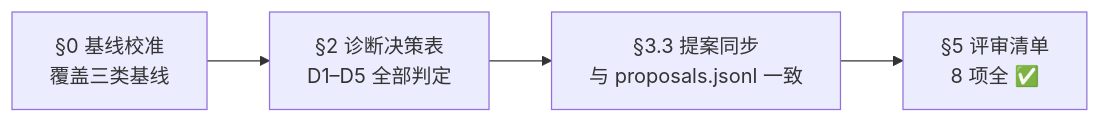
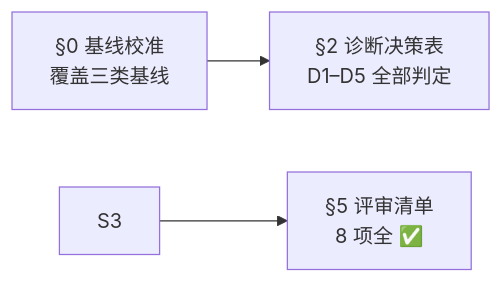
One commit to effiy/YrY changed the sixth of 6 diagrams in agents/self-improve.md. Above: the diagram before and after it, drawn with Mermaid. The commit also changed other lines of this file and 91 other files, not shown here.

````diff
--- a/agents/self-improve.md
+++ b/agents/self-improve.md
@@ -198,7 +171,6 @@
 ```mermaid
 flowchart LR
     S1["§0 基线校准<br/>覆盖三类基线"]:::sig --> S2["§2 诊断决策表<br/>D1–D5 全部判定"]:::sig
-    S2 --> S3["§3.3 提案同步<br/>与 proposals.jsonl 一致"]:::sig
     S3 --> S4["§5 评审清单<br/>8 项全 ✅"]:::sig
 
 ```
````
